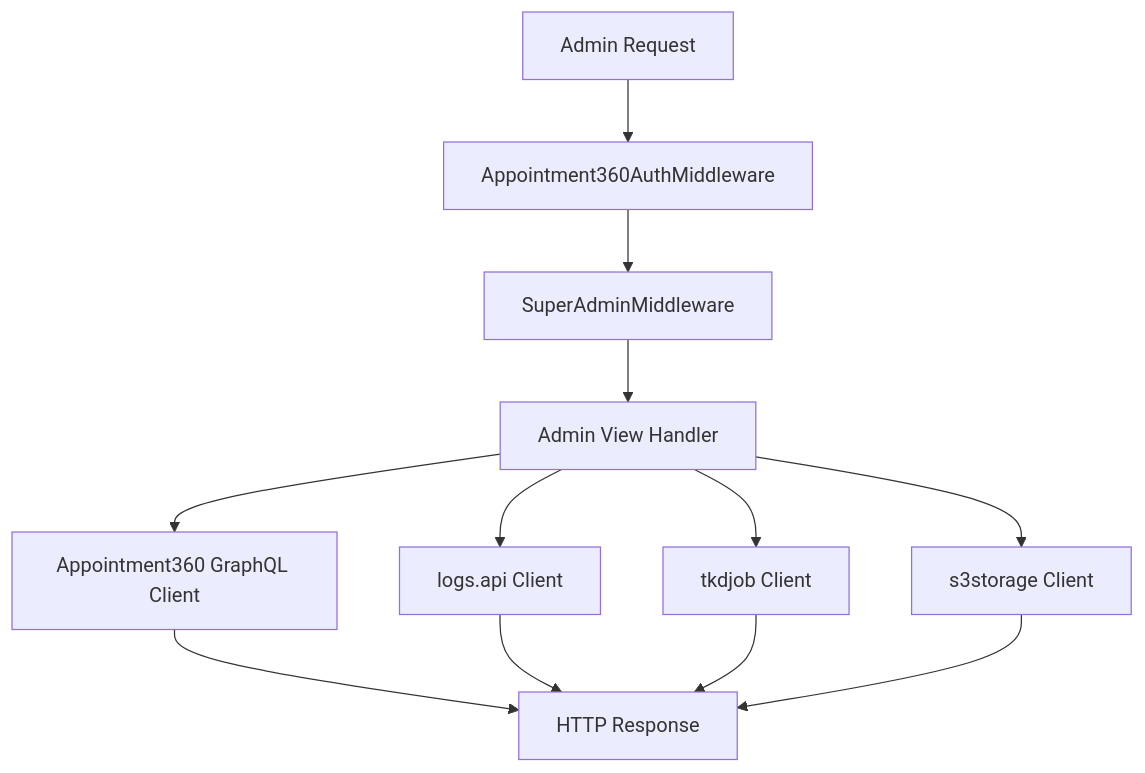
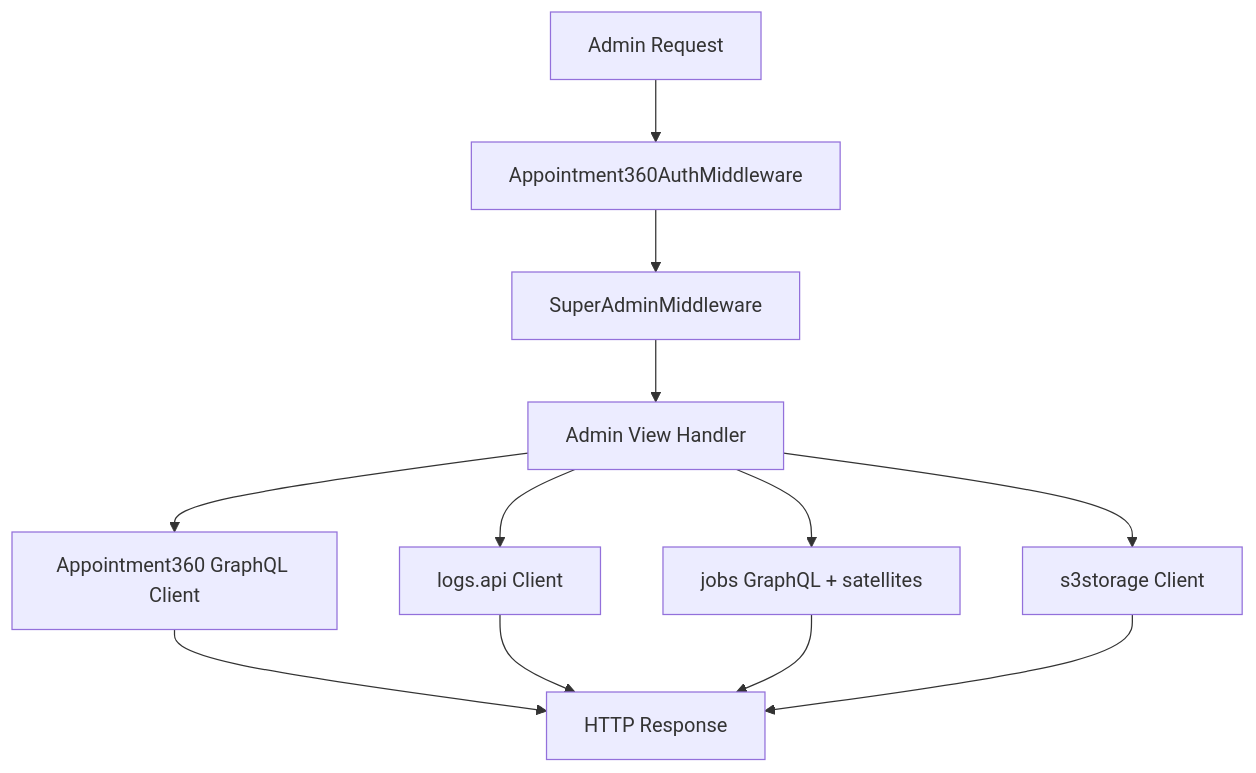
One commit to thekoushikdurgas/docsai changed diagram 56 of 59 in docs/flowchart.md. Above: the diagram before and after it, drawn with Mermaid. The commit also changed other lines of this file and 233 other files, not shown here.

````diff
--- a/docs/flowchart.md
+++ b/docs/flowchart.md
@@ -1159,14 +1159,14 @@
 ```mermaid
 flowchart TD
   Req[Admin Request] --> AuthMW[Appointment360AuthMiddleware]
   AuthMW --> RoleMW[SuperAdminMiddleware]
   RoleMW --> View[Admin View Handler]
   View --> GQL[Appointment360 GraphQL Client]
   View --> Logs[logs.api Client]
-  View --> Jobs[tkdjob Client]
+  View --> Jobs[jobs GraphQL + satellites]
   View --> Storage[s3storage Client]
   GQL --> Resp[HTTP Response]
   Logs --> Resp
   Jobs --> Resp
   Storage --> Resp
 ```
````
